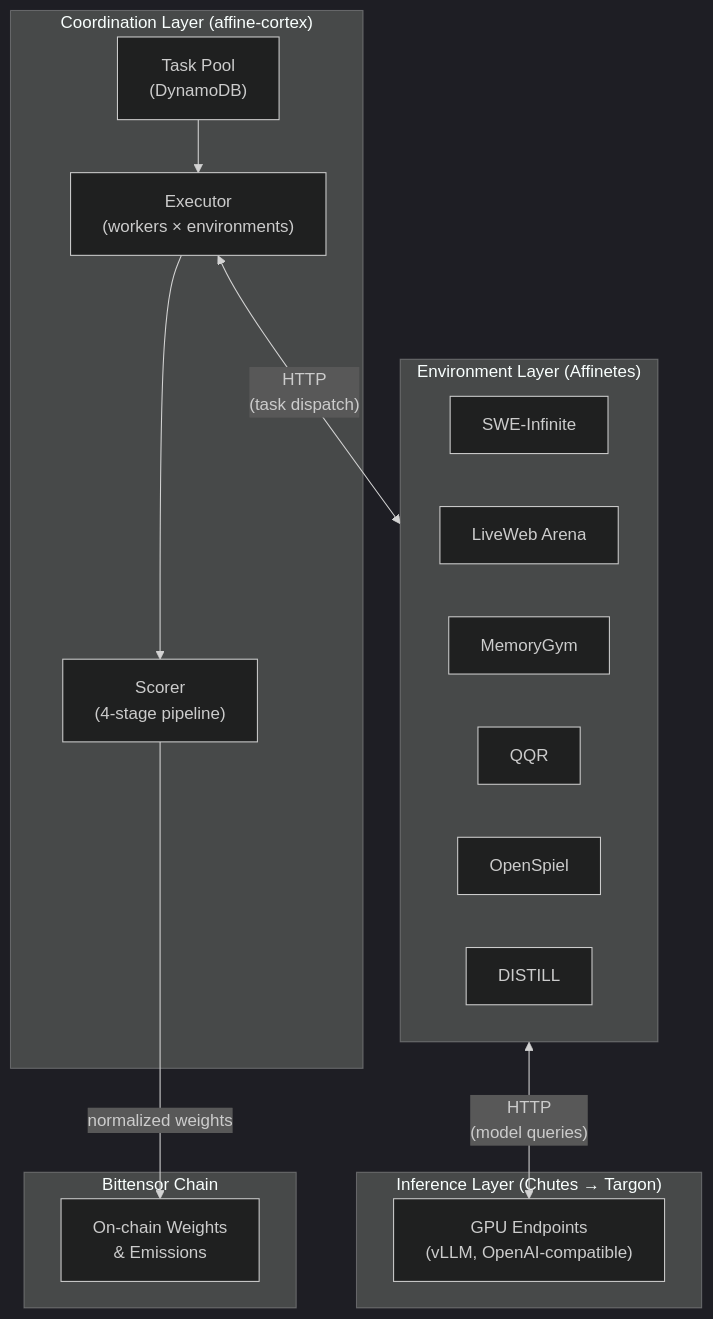
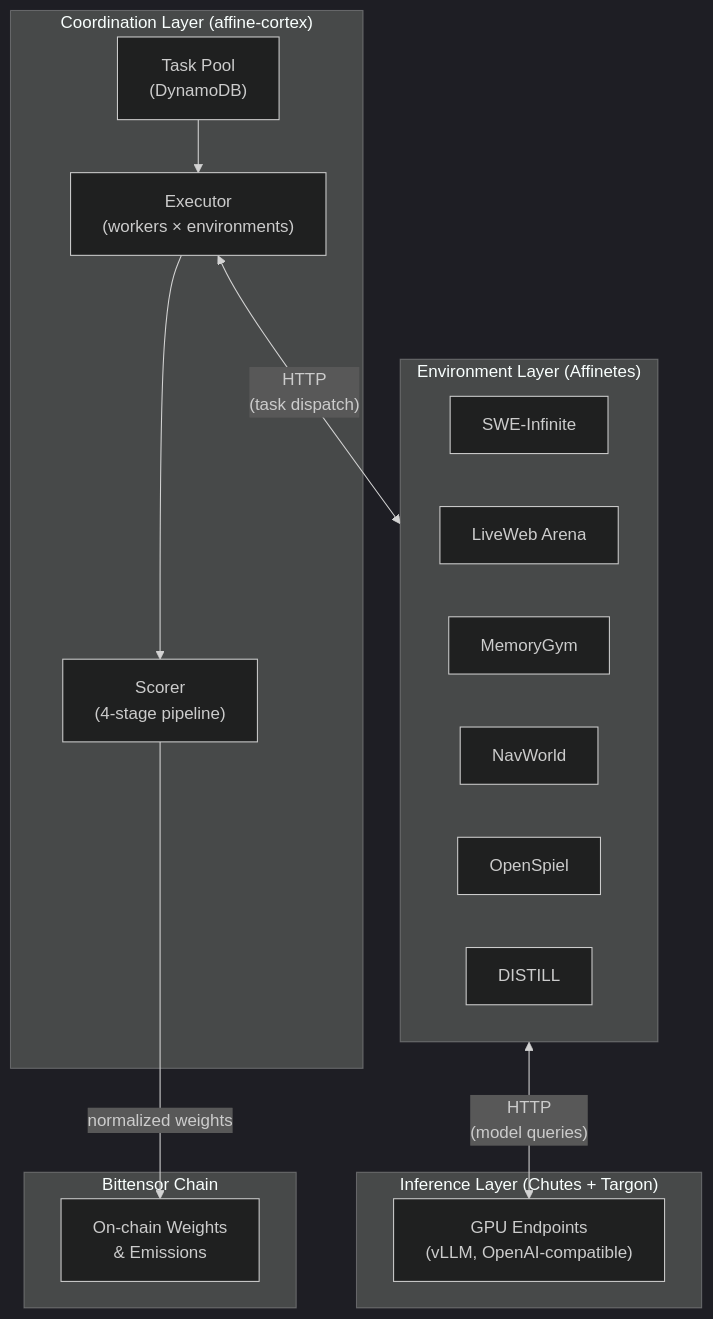
One commit to Tobias10086/whitepaper changed the third of 4 diagrams in draft.md. Above: the diagram before and after it, drawn with Mermaid (dark theme). The commit also changed other lines of this file, not shown here.

First line of the commit message:
Refine whitepaper: emphasize RL post-training, rename QQR to NavWorld

````diff
--- a/draft.md
+++ b/draft.md
@@ -231,31 +228,31 @@
 ```mermaid
 flowchart TB
     subgraph Coordination["Coordination Layer (affine-cortex)"]
         TP["Task Pool\n(DynamoDB)"]
         EX["Executor\n(workers × environments)"]
         SC["Scorer\n(4-stage pipeline)"]
         TP --> EX
         EX --> SC
     end
 
     subgraph Environment["Environment Layer (Affinetes)"]
         SWE["SWE-Infinite"]
         LW["LiveWeb Arena"]
         MG["MemoryGym"]
-        QQR["QQR"]
+        NW["NavWorld"]
         OS["OpenSpiel"]
         DIS["DISTILL"]
     end
 
-    subgraph Inference["Inference Layer (Chutes → Targon)"]
+    subgraph Inference["Inference Layer (Chutes + Targon)"]
         GPU["GPU Endpoints\n(vLLM, OpenAI-compatible)"]
     end
 
     subgraph Chain["Bittensor Chain"]
         W["On-chain Weights\n& Emissions"]
     end
 
     EX <-->|"HTTP\n(task dispatch)"| Environment
     Environment <-->|"HTTP\n(model queries)"| GPU
     SC -->|"normalized weights"| W
 ```
````
